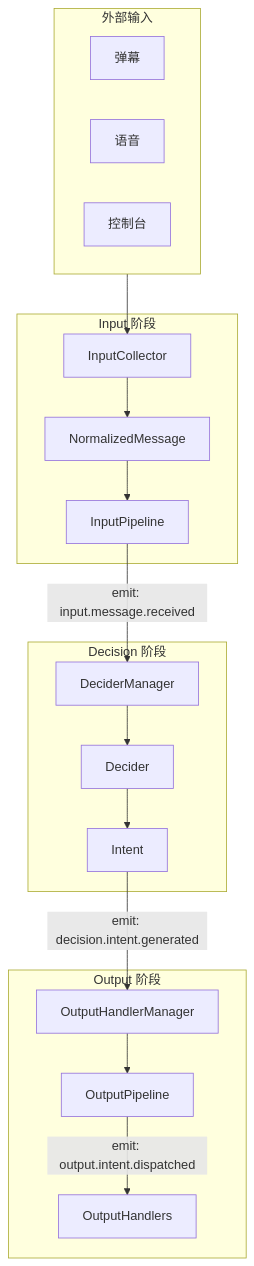
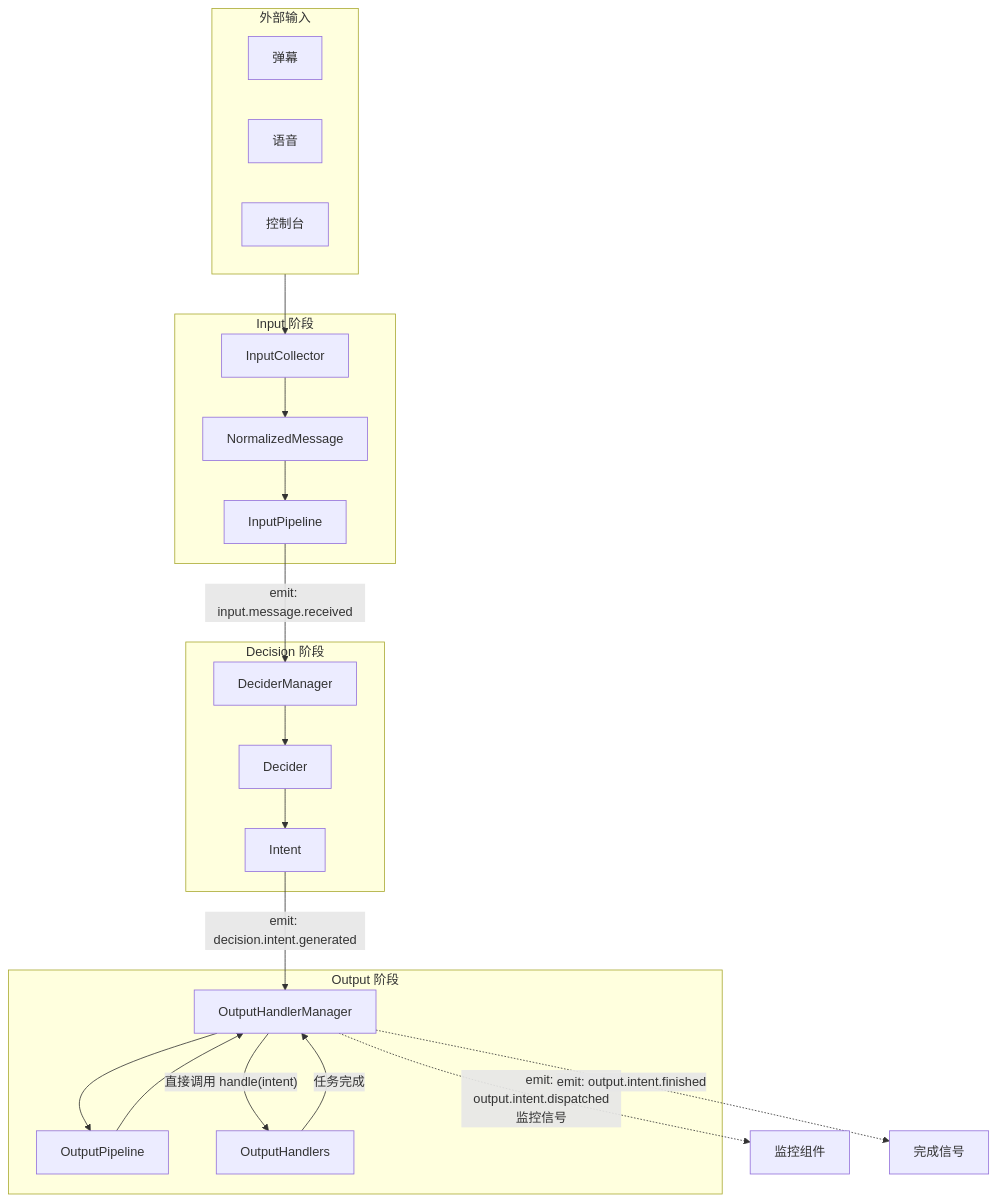
Before and after one commit to Mai-with-u/Amaidesu: the first of 5 diagrams in docs/architecture/data-flow.md, drawn with Mermaid. The commit also changed other lines of this file and 26 other files, not shown here.

````diff
--- a/docs/architecture/data-flow.md
+++ b/docs/architecture/data-flow.md
@@ -238,36 +218,40 @@
 ```mermaid
 flowchart TB
     subgraph External["外部输入"]
         Danmaku["弹幕"]
         Voice["语音"]
         Console["控制台"]
     end
 
     subgraph Input["Input 阶段"]
         IP[InputCollector]
         NM[NormalizedMessage]
         Pipeline[InputPipeline]
     end
 
     subgraph Decision["Decision 阶段"]
         DM[DeciderManager]
         DP[Decider]
         Intent[Intent]
     end
 
     subgraph Output["Output 阶段"]
         OPM[OutputHandlerManager]
         OPipeline[OutputPipeline]
         OPS[OutputHandlers]
     end
 
     External --> IP
     IP --> NM
     NM --> Pipeline
     Pipeline -->|"emit: input.message.received"| DM
     DM --> DP
     DP --> Intent
     Intent -->|"emit: decision.intent.generated"| OPM
     OPM --> OPipeline
-    OPipeline -->|"emit: output.intent.dispatched"| OPS
+    OPipeline --> OPM
+    OPM -.->|"emit: output.intent.dispatched<br/>监控信号"| Monitor[监控组件]
+    OPM -->|"直接调用 handle(intent)"| OPS
+    OPS -->|"任务完成"| OPM
+    OPM -.->|"emit: output.intent.finished"| Finished[完成信号]
 ```
````
